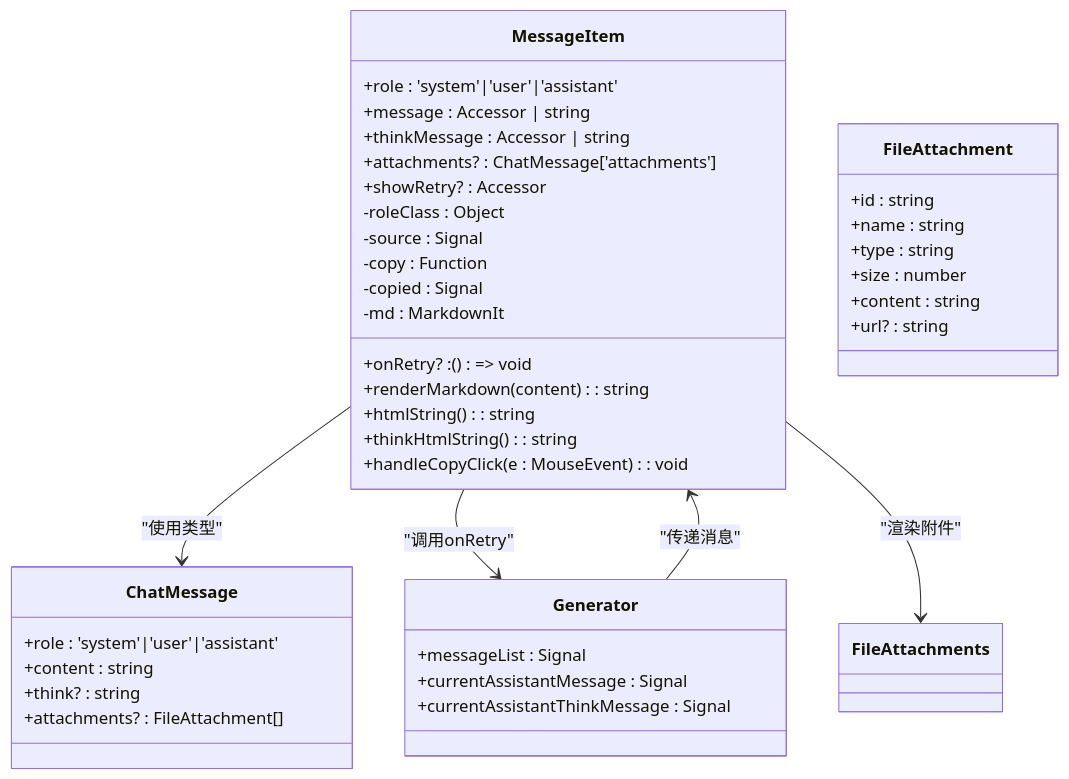
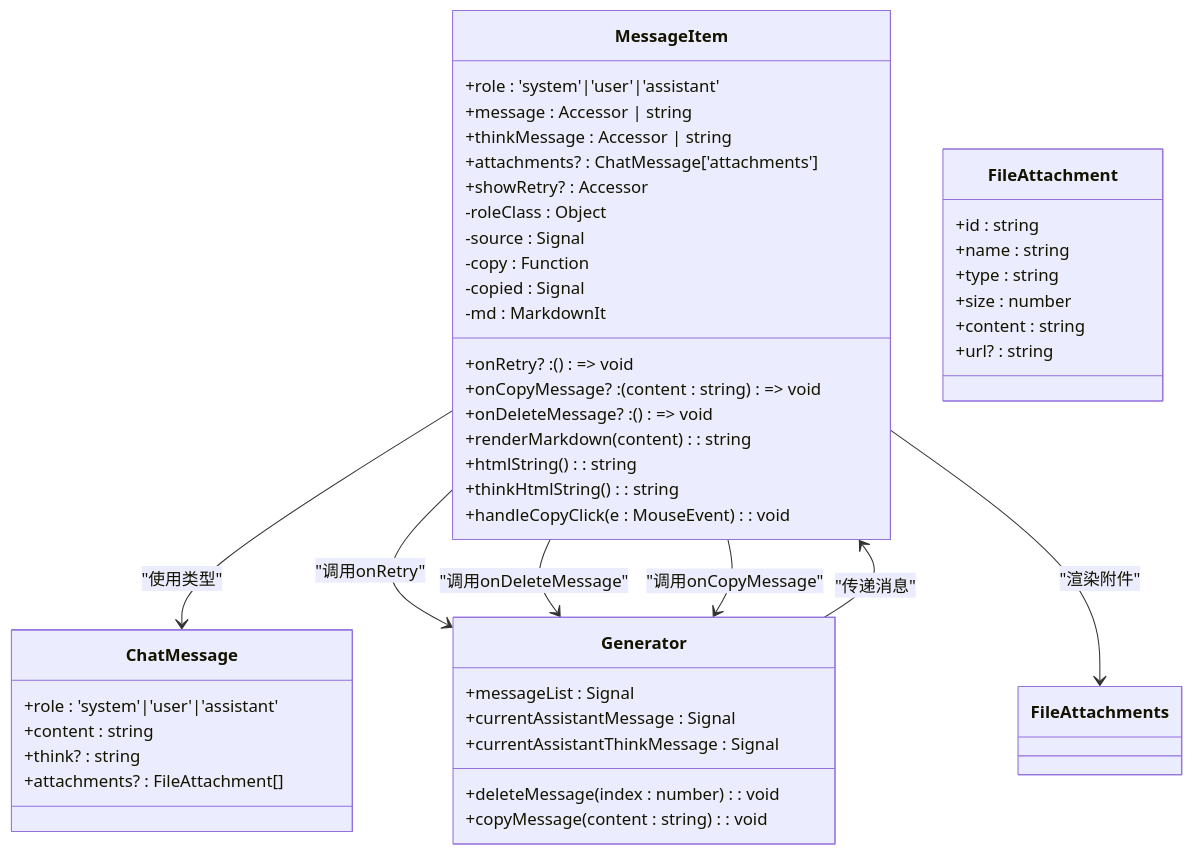
Before and after one commit to zfyime/chat-mini: the third of 10 diagrams in .qoder/repowiki/zh/content/组件架构/MessageItem组件.md, drawn with Mermaid. The commit also changed other lines of this file and 10 other files, not shown here.

````diff
--- a/.qoder/repowiki/zh/content/组件架构/MessageItem组件.md
+++ b/.qoder/repowiki/zh/content/组件架构/MessageItem组件.md
@@ -119,43 +121,49 @@
 ```mermaid
 classDiagram
 class MessageItem {
 +role : 'system'|'user'|'assistant'
 +message : Accessor<string> | string
 +thinkMessage : Accessor<string> | string
 +attachments? : ChatMessage['attachments']
 +showRetry? : Accessor<boolean>
 +onRetry? : () => void
++onCopyMessage? : (content : string) => void
++onDeleteMessage? : () => void
 -roleClass : Object
 -source : Signal<string>
 -copy : Function
 -copied : Signal<boolean>
 -md : MarkdownIt
 +renderMarkdown(content) : string
 +htmlString() : string
 +thinkHtmlString() : string
 +handleCopyClick(e : MouseEvent) : void
 }
 class Generator {
 +messageList : Signal<ChatMessage[]>
 +currentAssistantMessage : Signal<string>
 +currentAssistantThinkMessage : Signal<string>
++deleteMessage(index : number) : void
++copyMessage(content : string) : void
 }
 class ChatMessage {
 +role : 'system'|'user'|'assistant'
 +content : string
 +think? : string
 +attachments? : FileAttachment[]
 }
 class FileAttachment {
 +id : string
 +name : string
 +type : string
 +size : number
 +content : string
 +url? : string
 }
 Generator --> MessageItem : "传递消息"
 MessageItem --> ChatMessage : "使用类型"
 MessageItem --> Generator : "调用onRetry"
+MessageItem --> Generator : "调用onDeleteMessage"
+MessageItem --> Generator : "调用onCopyMessage"
 MessageItem --> FileAttachments : "渲染附件"
 ```
````
